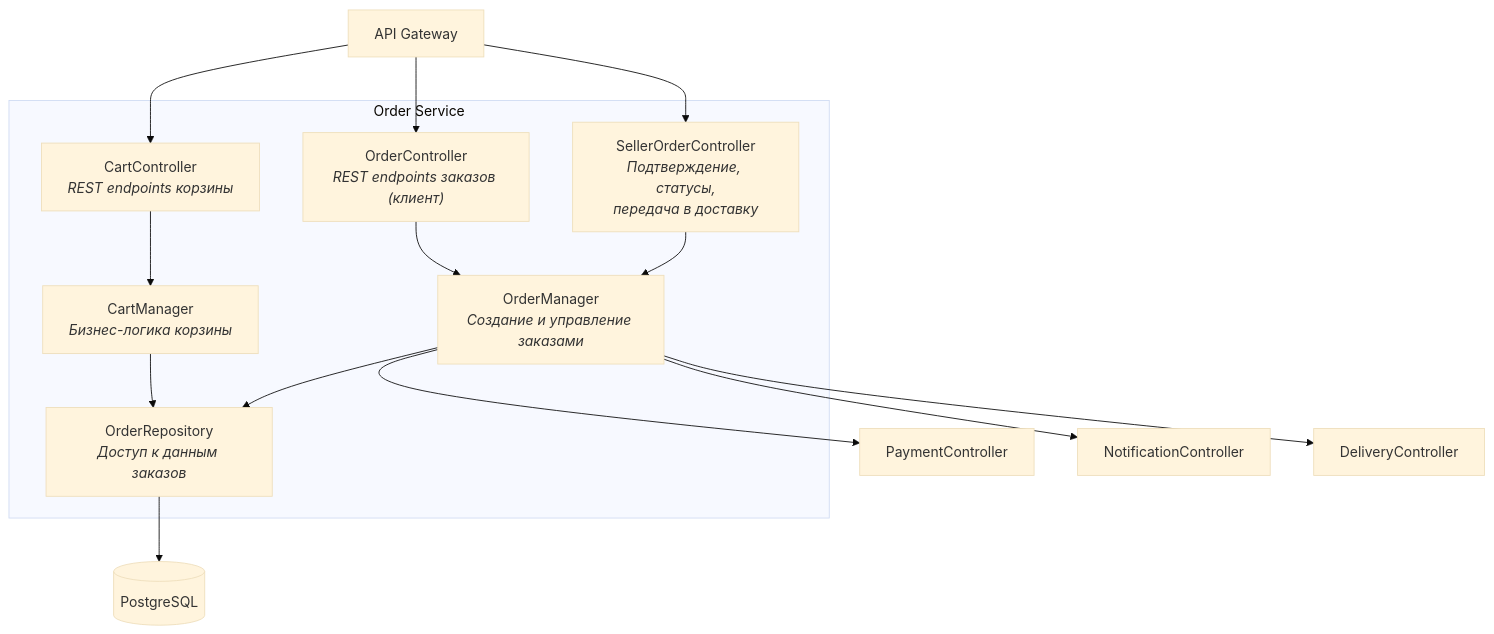
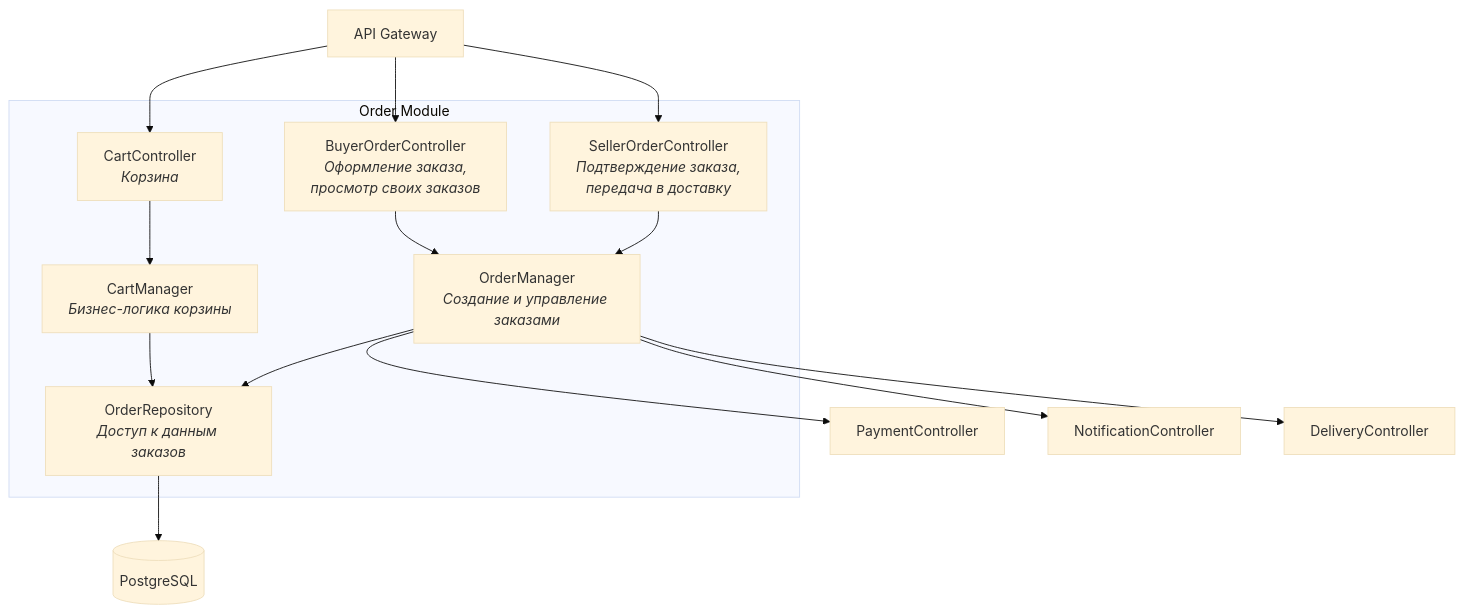
The fourth of 9 diagrams in task-1/docs/TASK1.md (EkaterinaNikolaeva/hse-arch-and-design-is), drawn with Mermaid (base theme) before and after one commit. The commit also changed other lines of this file, not shown here.

Commit message:
rename services to modules, update diagrams

````diff
--- a/task-1/docs/TASK1.md
+++ b/task-1/docs/TASK1.md
@@ -331,24 +331,24 @@
 ```mermaid
 flowchart TB
-    subgraph OrderService ["Order Service"]
-        CartCtrl["CartController<br/><i>REST endpoints корзины</i>"]
-        OrderCtrl["OrderController<br/><i>REST endpoints заказов (клиент)</i>"]
-        SellerOrderCtrl["SellerOrderController<br/><i>Подтверждение, статусы,<br/>передача в доставку</i>"]
+    subgraph OrderModule ["Order Module"]
+        CartCtrl["CartController<br/><i>Корзина</i>"]
+        BuyerOrderCtrl["BuyerOrderController<br/><i>Оформление заказа,<br/>просмотр своих заказов</i>"]
+        SellerOrderCtrl["SellerOrderController<br/><i>Подтверждение заказа,<br/>передача в доставку</i>"]
         CartMgr["CartManager<br/><i>Бизнес-логика корзины</i>"]
         OrderMgr["OrderManager<br/><i>Создание и управление заказами</i>"]
         OrderRepo["OrderRepository<br/><i>Доступ к данным заказов</i>"]
     end
 
     API["API Gateway"] --> CartCtrl
-    API --> OrderCtrl
+    API --> BuyerOrderCtrl
     API --> SellerOrderCtrl
     CartCtrl --> CartMgr
-    OrderCtrl --> OrderMgr
+    BuyerOrderCtrl --> OrderMgr
     SellerOrderCtrl --> OrderMgr
     CartMgr --> OrderRepo
     OrderMgr --> OrderRepo
     OrderRepo --> DB[("PostgreSQL")]
     OrderMgr --> PaymentCtrl["PaymentController"]
     OrderMgr --> NotifyCtrl["NotificationController"]
     OrderMgr --> DeliveryCtrl["DeliveryController"]
 ```
````
